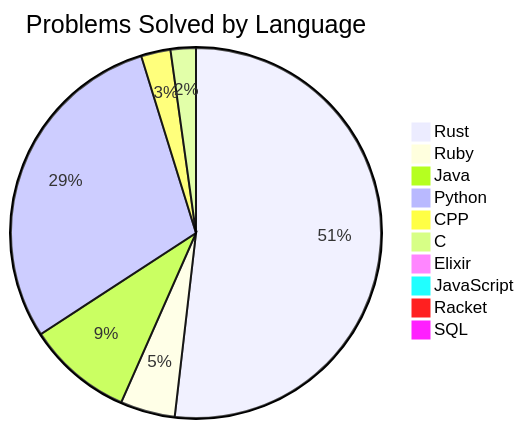
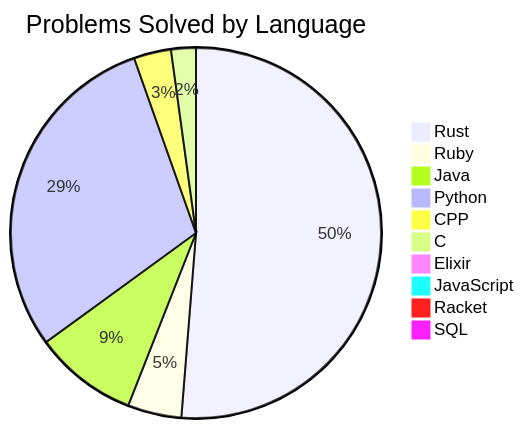
Before and after one commit to Liam-Wirth/leetcode-solutions: the second of 2 diagrams in README.md, drawn with Mermaid. The commit also changed other lines of this file and 14 other files, not shown here.

````diff
--- a/README.md
+++ b/README.md
@@ -46,13 +46,13 @@
 ```mermaid
 pie title Problems Solved by Language
-    "Rust": 141
+    "Rust": 142
     "Ruby": 13
     "Java": 25
-    "Python": 80
-    "CPP": 7
+    "Python": 82
+    "CPP": 9
     "C": 6
     "Elixir": 2
     "JavaScript": 2
     "Racket": 1
     "SQL": 2
 ```
````
